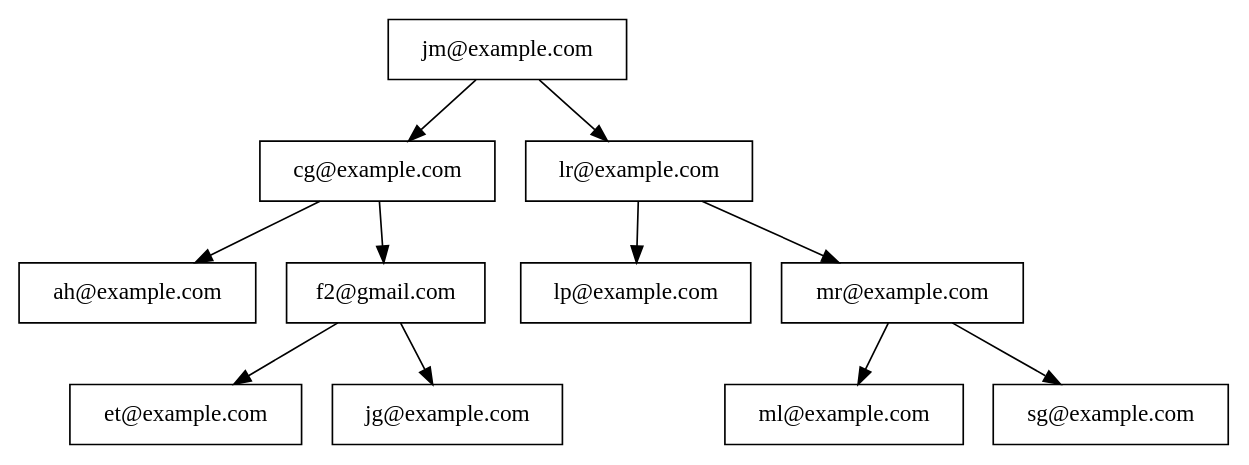
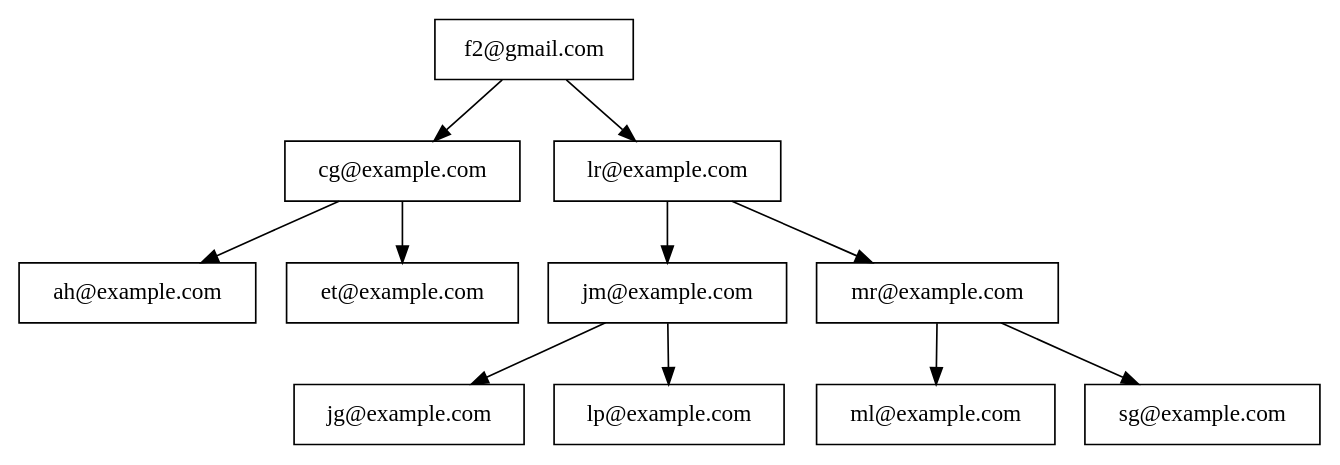
Before and after one commit to Kevin-alvarez1/PROYECTO_MULTIFASES_RED_SOCIAL: the diagram in Fase3/main/build/Desktop_Qt_6_7_2_MinGW_64_bit-Debug/Arbol_Usuarios.dot, drawn with Graphviz. The commit also changed 21 other files, not shown here.

```diff
--- a/Fase3/main/build/Desktop_Qt_6_7_2_MinGW_64_bit-Debug/Arbol_Usuarios.dot
+++ b/Fase3/main/build/Desktop_Qt_6_7_2_MinGW_64_bit-Debug/Arbol_Usuarios.dot
@@ -1,13 +1,13 @@
 digraph AVLTree {
     node [shape=record];
-    "jm@example.com" -> "cg@example.com";
-    "jm@example.com" -> "lr@example.com";
+    "f2@gmail.com" -> "cg@example.com";
+    "f2@gmail.com" -> "lr@example.com";
     "cg@example.com" -> "ah@example.com";
-    "cg@example.com" -> "f2@gmail.com";
-    "f2@gmail.com" -> "et@example.com";
-    "f2@gmail.com" -> "jg@example.com";
-    "lr@example.com" -> "lp@example.com";
+    "cg@example.com" -> "et@example.com";
+    "lr@example.com" -> "jm@example.com";
     "lr@example.com" -> "mr@example.com";
+    "jm@example.com" -> "jg@example.com";
+    "jm@example.com" -> "lp@example.com";
     "mr@example.com" -> "ml@example.com";
     "mr@example.com" -> "sg@example.com";
 }
```
